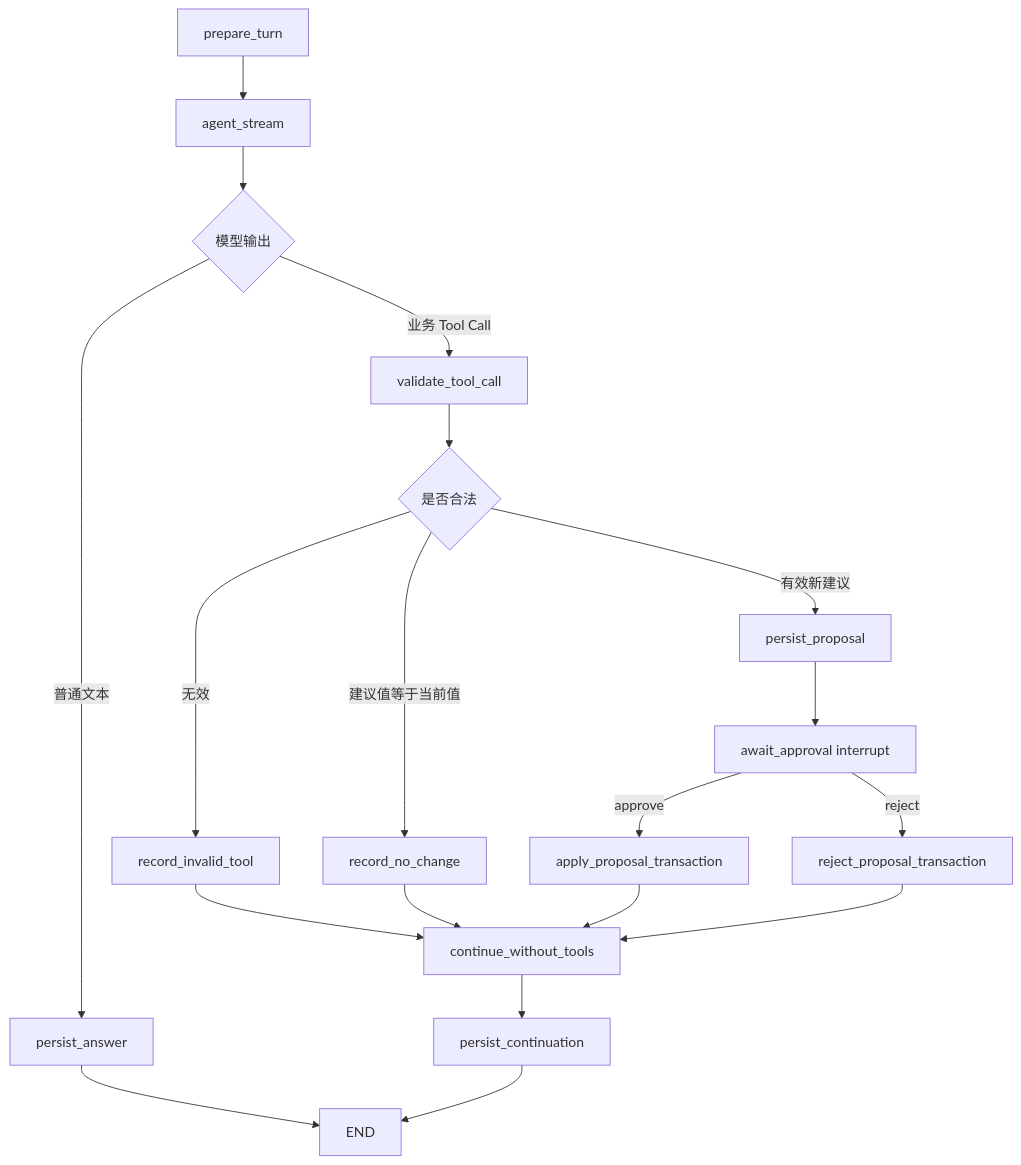
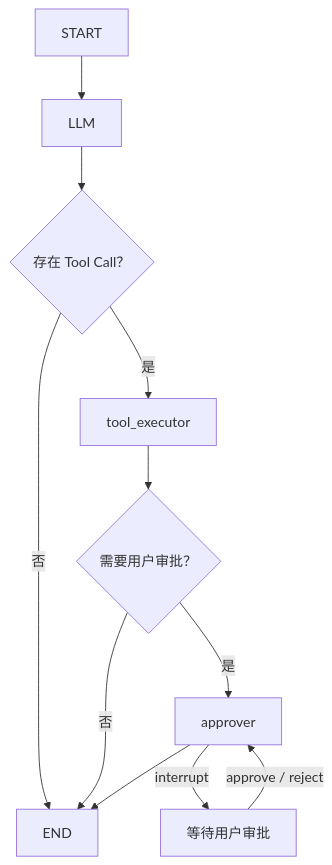
The diagram in docs/superpowers/specs/2026-08-01-experience-adapter-design.zh-CN.md (Strel1tz1a02/ResumeAgent), drawn with Mermaid before and after one commit. The commit also changed other lines of this file and 117 other files, not shown here.

````diff
--- a/docs/superpowers/specs/2026-08-01-experience-adapter-design.zh-CN.md
+++ b/docs/superpowers/specs/2026-08-01-experience-adapter-design.zh-CN.md
@@ -426,28 +437,13 @@
 ```mermaid
 flowchart TD
-    A["prepare_turn"] --> B["agent_stream"]
-    B --> C{"模型输出"}
-
-    C -->|"普通文本"| D["persist_answer"]
-    D --> Z["END"]
-
-    C -->|"业务 Tool Call"| E["validate_tool_call"]
-    E --> F{"是否合法"}
-
-    F -->|"无效"| G["record_invalid_tool"]
-    G --> N["continue_without_tools"]
-
-    F -->|"建议值等于当前值"| H["record_no_change"]
-    H --> N
-
-    F -->|"有效新建议"| I["persist_proposal"]
-    I --> J["await_approval interrupt"]
-
-    J -->|"approve"| K["apply_proposal_transaction"]
-    J -->|"reject"| L["reject_proposal_transaction"]
-
-    K --> N
-    L --> N
-    N --> O["persist_continuation"]
-    O --> Z
+    A["START"] --> B["LLM"]
+    B --> C{"存在 Tool Call？"}
+    C -->|"否"| Z["END"]
+    C -->|"是"| D["tool_executor"]
+    D --> E{"需要用户审批？"}
+    E -->|"否"| Z
+    E -->|"是"| F["approver"]
+    F -->|"interrupt"| G["等待用户审批"]
+    G -->|"approve / reject"| F
+    F --> Z
 ```
````
